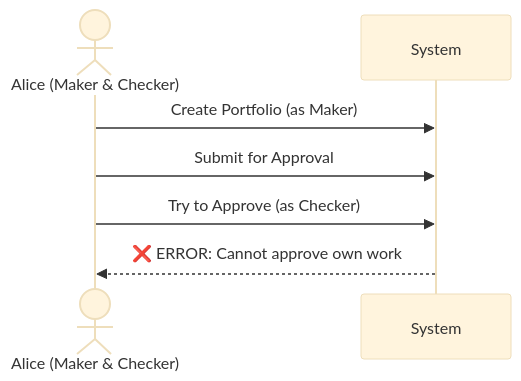
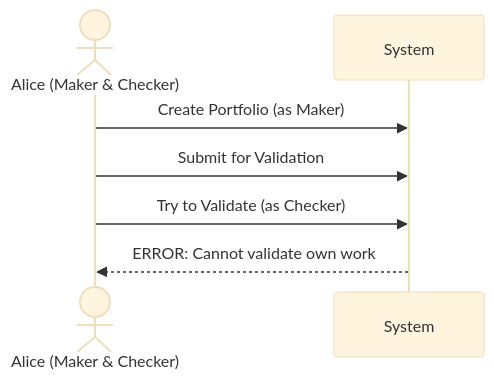
One commit to lifeislearningforever/Trade_Management_System changed the fourth of 4 diagrams in cis_trade_hive/docs/docs/business/four-eyes-workflow.md. Above: the diagram before and after it, drawn with Mermaid (base theme). The commit also changed other lines of this file and 43 other files, not shown here.

````diff
--- a/cis_trade_hive/docs/docs/business/four-eyes-workflow.md
+++ b/cis_trade_hive/docs/docs/business/four-eyes-workflow.md
@@ -294,10 +340,10 @@
 ```mermaid
 sequenceDiagram
     actor Alice as Alice (Maker & Checker)
     participant System
 
     Alice->>System: Create Portfolio (as Maker)
-    Alice->>System: Submit for Approval
-    Alice->>System: Try to Approve (as Checker)
-    System-->>Alice: ❌ ERROR: Cannot approve own work
+    Alice->>System: Submit for Validation
+    Alice->>System: Try to Validate (as Checker)
+    System-->>Alice: ERROR: Cannot validate own work
 ```
````
